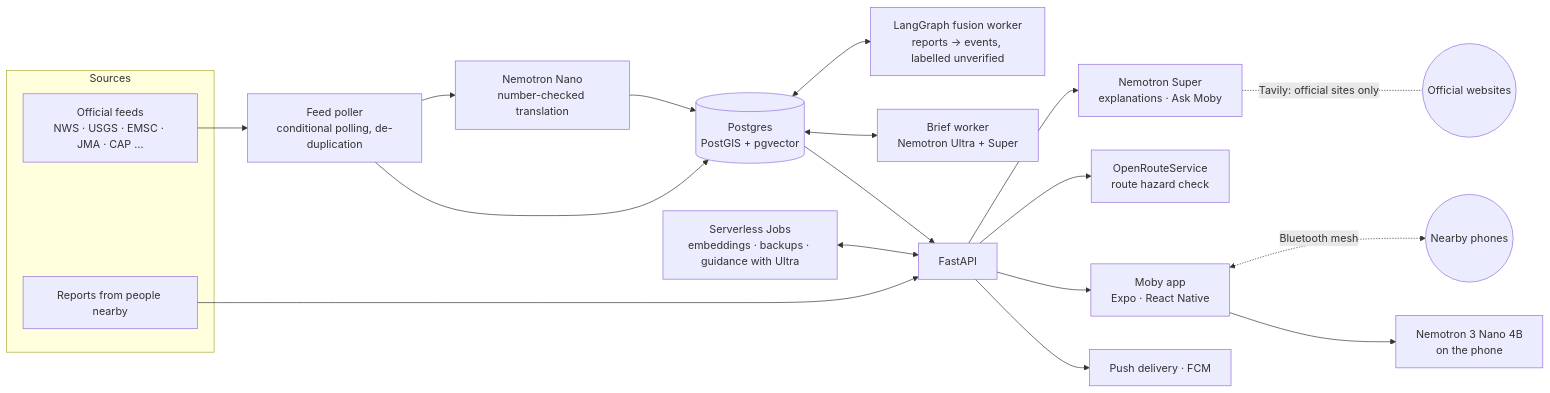
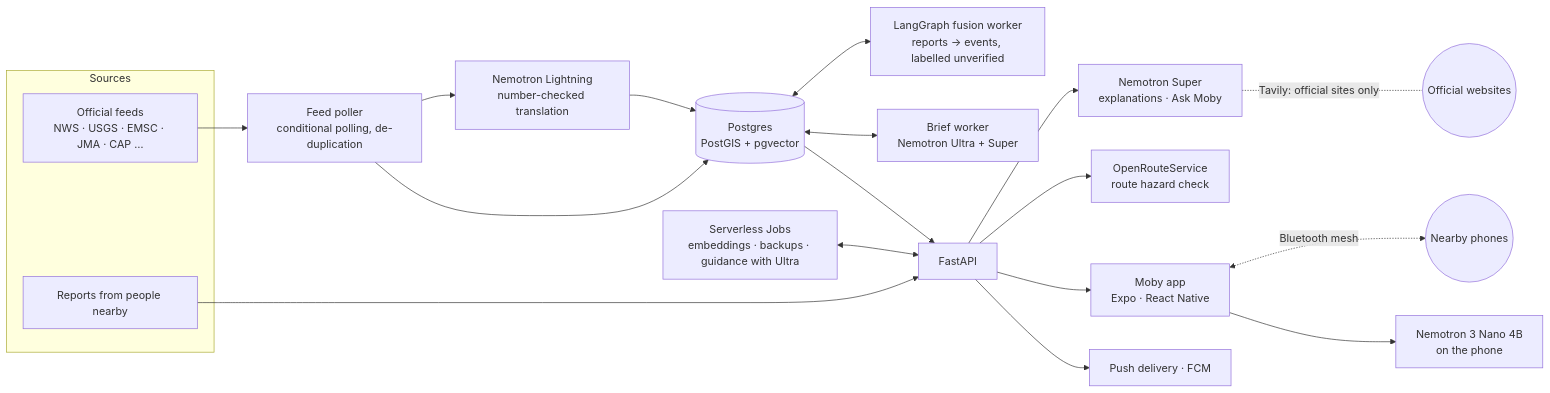
One commit to Xlient/Moby changed the diagram in README.md. Above: the diagram before and after it, drawn with Mermaid. The commit also changed other lines of this file and 6 other files, not shown here.

First line of the commit message:
Move to Nemotron 3.5 Lightning and Super before Nano and Super retire on Nov 9

````diff
--- a/README.md
+++ b/README.md
@@ -316,23 +324,23 @@
 ```mermaid
 flowchart LR
   subgraph Sources
     Official[Official feeds<br/>NWS · USGS · EMSC · JMA · CAP …]
     People[Reports from people nearby]
   end
   Official --> Poller[Feed poller<br/>conditional polling, de-duplication]
-  Poller --> Translate[Nemotron Nano<br/>number-checked translation]
+  Poller --> Translate[Nemotron Lightning<br/>number-checked translation]
   Poller --> DB[(Postgres<br/>PostGIS + pgvector)]
   Translate --> DB
   People --> API
   DB <--> Fusion[LangGraph fusion worker<br/>reports → events, labelled unverified]
   DB <--> Briefs[Brief worker<br/>Nemotron Ultra + Super]
   DB --> API[FastAPI]
   API --> Explain[Nemotron Super<br/>explanations · Ask Moby]
   Explain -. Tavily: official sites only .- Web((Official websites))
   API --> ORS[OpenRouteService<br/>route hazard check]
   API --> App[Moby app<br/>Expo · React Native]
   API --> Push[Push delivery · FCM]
   App <-. Bluetooth mesh .-> Phones((Nearby phones))
   App --> OnDevice[Nemotron 3 Nano 4B<br/>on the phone]
   Jobs[Serverless Jobs<br/>embeddings · backups · guidance with Ultra] <--> API
 ```
````
